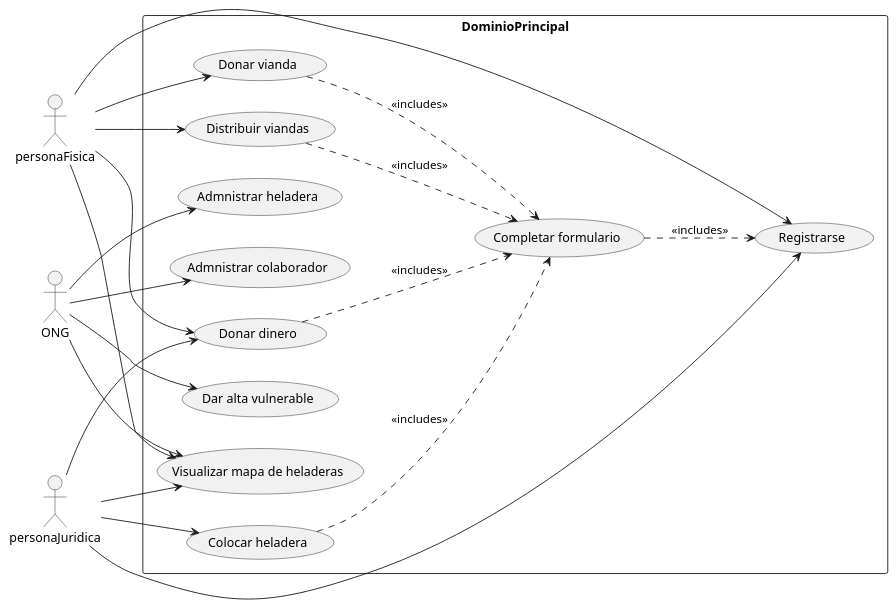
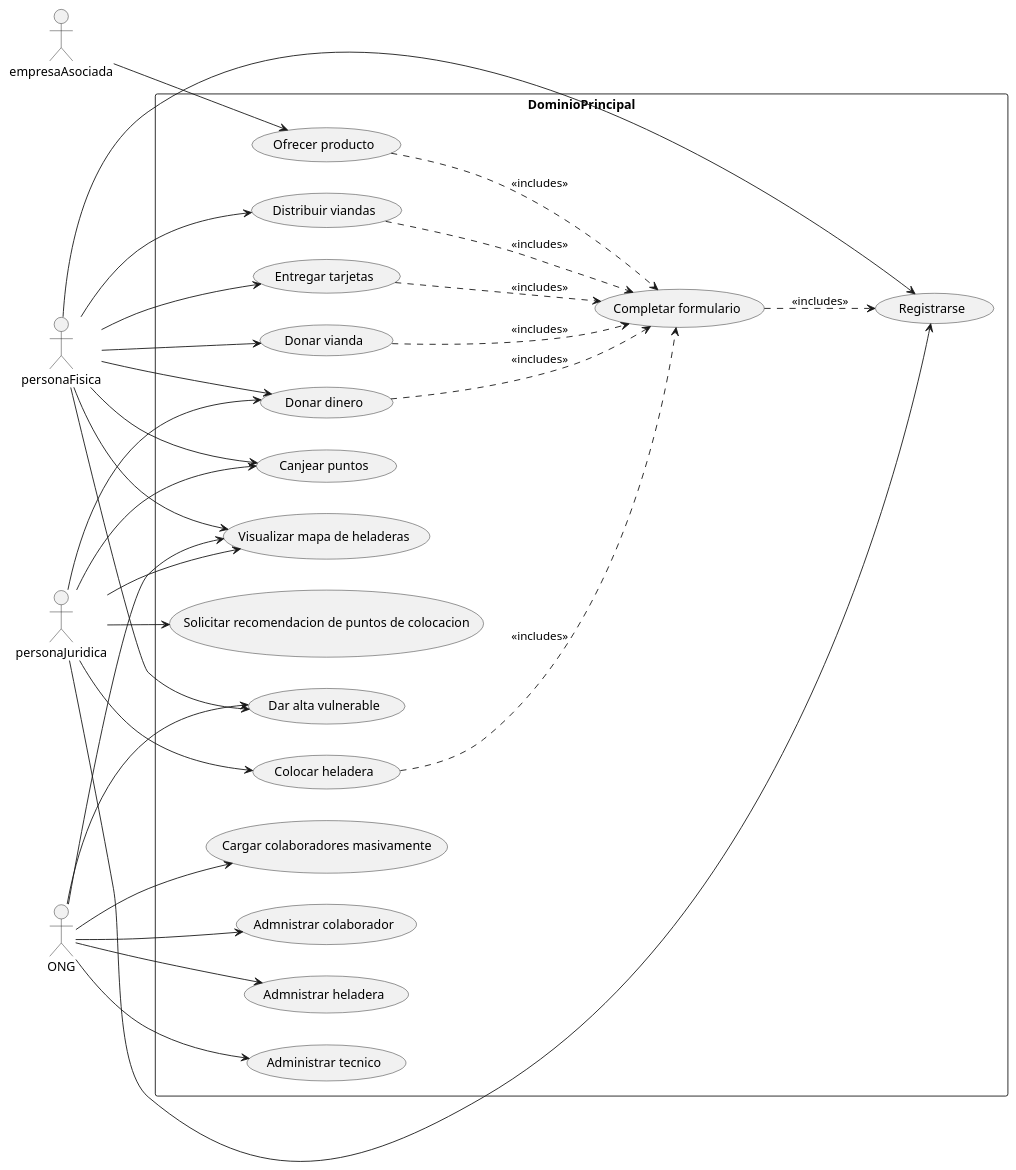
Before and after one commit to santymendez/tp-dds-2024: the diagram in diagrams/domain/casos-de-uso.puml, drawn with PlantUML.

Commit message:
actualizamos casos de uso, revisar bien

```diff
--- a/diagrams/domain/casos-de-uso.puml
+++ b/diagrams/domain/casos-de-uso.puml
@@ -1,51 +1,73 @@
 @startuml
 
 left to right direction
 actor :personaFisica: as fisica
 actor :personaJuridica: as juridica
 actor :ONG: as ong
+actor :empresaAsociada: as empresaAsociada
 
 rectangle DominioPrincipal {
     usecase "Registrarse" as UC0
 
     usecase "Completar formulario" as UC1
 
     usecase "Admnistrar colaborador" as UC2
 
     usecase "Dar alta vulnerable" as UC3
 
     usecase "Admnistrar heladera" as UC4
 
+    usecase "Administrar tecnico" as UC11
+
     usecase "Donar vianda" as UC5
     usecase "Donar dinero" as UC6
     usecase "Colocar heladera" as UC7
     usecase "Distribuir viandas" as UC8
+    usecase "Entregar tarjetas" as UC10
+
+    usecase "Ofrecer producto" as UC14
 
     usecase "Visualizar mapa de heladeras" as UC9
+    usecase "Cargar colaboradores masivamente" as UC12
+
+    usecase "Canjear puntos" as UC13
+
+    usecase "Solicitar recomendacion de puntos de colocacion" as UC15
 }
 
 fisica --> UC0
 juridica --> UC0
 
 fisica --> UC5
 fisica --> UC6
 fisica --> UC8
+fisica --> UC3
+fisica --> UC10
+fisica --> UC13
 
 juridica --> UC6
 juridica --> UC7
+juridica --> UC13
+juridica --> UC15
 
 ong --> UC2
 ong --> UC3
 ong --> UC4
+ong --> UC11
+ong --> UC12
 
 fisica --> UC9
 juridica --> UC9
 ong --> UC9
 
+empresaAsociada --> UC14
+
 UC5 ..> UC1 : <<includes>>
 UC6 ..> UC1 : <<includes>>
 UC7 ..> UC1 : <<includes>>
 UC8 ..> UC1 : <<includes>>
+UC10 ..> UC1 : <<includes>>
+UC14 ..> UC1 : <<includes>>
 UC1 ..> UC0 : <<includes>>
 
 @enduml
```
